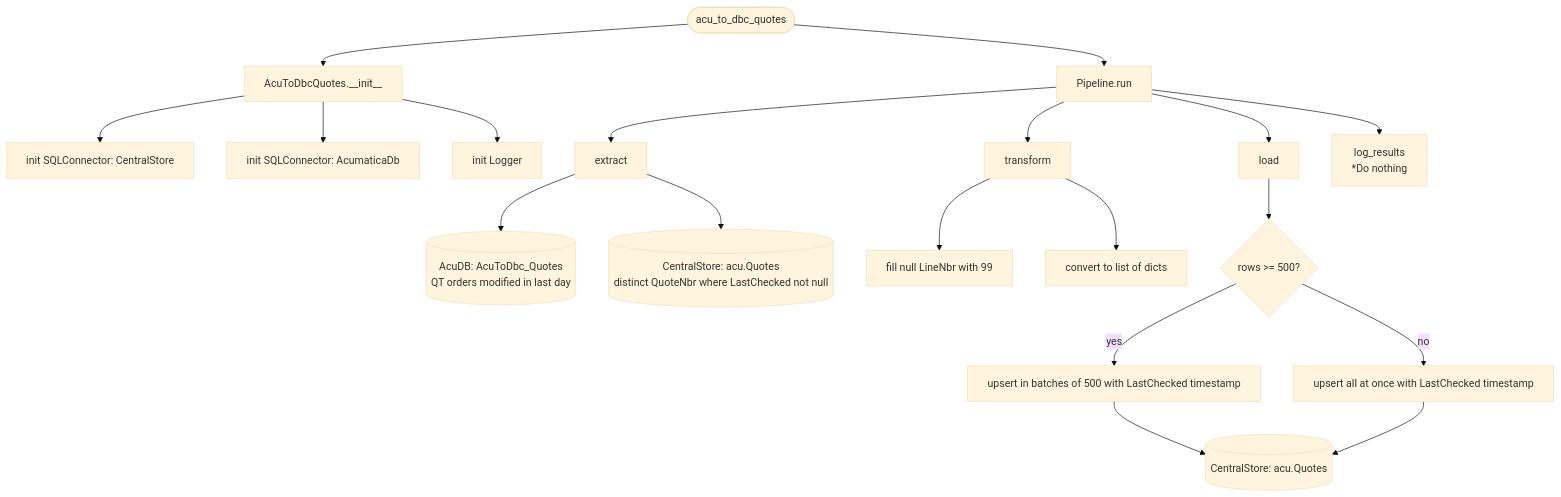
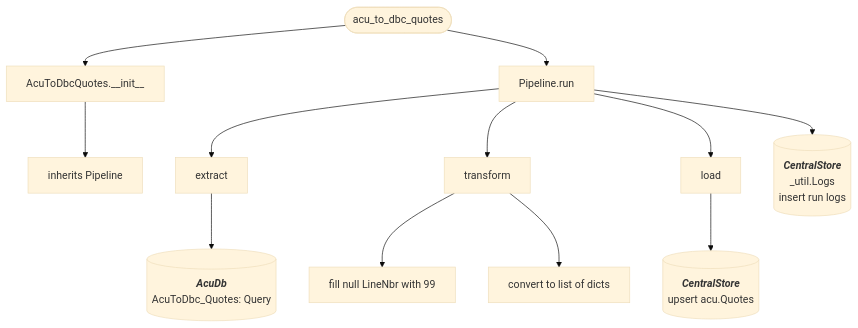
One commit to journeyhl/integration-platform changed the diagram in docs/functions/acu_to_dbc_quotes.md. Above: the diagram before and after it, drawn with Mermaid (base theme). The commit also changed other lines of this file and 42 other files, not shown here.

````diff
--- a/docs/functions/acu_to_dbc_quotes.md
+++ b/docs/functions/acu_to_dbc_quotes.md
@@ -14,27 +14,28 @@
 ```mermaid
 %%{init: {"flowchart": {"wrappingWidth": 400}}}%%
 flowchart TD
     A([acu_to_dbc_quotes]) --> B[AcuToDbcQuotes.__init__]
-    B --> B1[init SQLConnector: CentralStore]
-    B --> B2[init SQLConnector: AcumaticaDb]
-    B --> B3[init Logger]
+    B --> B1[inherits Pipeline]
     
     A--> RUN[Pipeline.run]
 
     RUN --> EX[extract]
-    EX --> D1[(AcuDB: AcuToDbc_Quotes<br/>QT orders modified in last day)]
-    EX --> D2[(CentralStore: acu.Quotes<br/>distinct QuoteNbr where LastChecked not null)]
+    EX --> D1[(
+        <b><i>AcuDb</i></b>
+        AcuToDbc_Quotes: Query)]
 
     RUN --> TR[transform]
     TR --> T1[fill null LineNbr with 99]
     TR --> T2[convert to list of dicts]
 
     RUN --> LD[load]
-    LD --> L1{rows >= 500?}
-    L1 -->|yes| L2[upsert in batches of 500 with LastChecked timestamp]
-    L1 -->|no| L3[upsert all at once with LastChecked timestamp]
-    L2 --> CS1[(CentralStore: acu.Quotes)]
-    L3 --> CS1
+    LD --> L1[(
+        <b><i>CentralStore</i></b>
+        upsert acu.Quotes
+    )]
 
-    RUN --> LR[log_results<br/>*Do nothing]
+    RUN --> LOGS[(
+        <b><i>CentralStore</i></b>
+        _util.Logs<br/>insert run logs
+    )]
 ```
````
